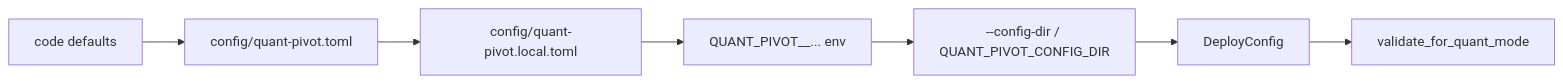
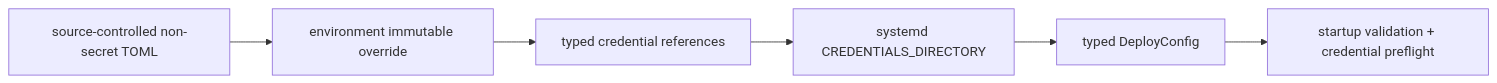
The third of 12 diagrams in docs/operations/architecture-and-design.md (solomon-ssy/oxide-arb), drawn with Mermaid before and after one commit. The commit also changed other lines of this file and 592 other files, not shown here.

````diff
--- a/docs/operations/architecture-and-design.md
+++ b/docs/operations/architecture-and-design.md
@@ -162,9 +162,8 @@
 ```mermaid
 flowchart LR
-    Defaults["code defaults"] --> Base["config/quant-pivot.toml"]
-    Base --> Local["config/quant-pivot.local.toml"]
-    Local --> Env["QUANT_PIVOT__... env"]
-    Env --> Cli["--config-dir / QUANT_PIVOT_CONFIG_DIR"]
-    Cli --> Effective["DeployConfig"]
-    Effective --> Validation["validate_for_quant_mode"]
+    Base["source-controlled non-secret TOML"] --> Override["environment immutable override"]
+    Override --> References["typed credential references"]
+    References --> Credentials["systemd CREDENTIALS_DIRECTORY"]
+    Credentials --> Effective["typed DeployConfig"]
+    Effective --> Validation["startup validation + credential preflight"]
 ```
````
